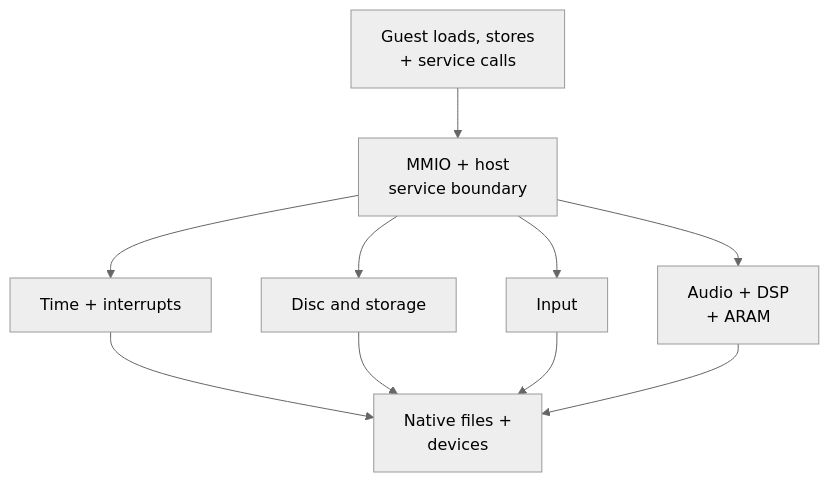
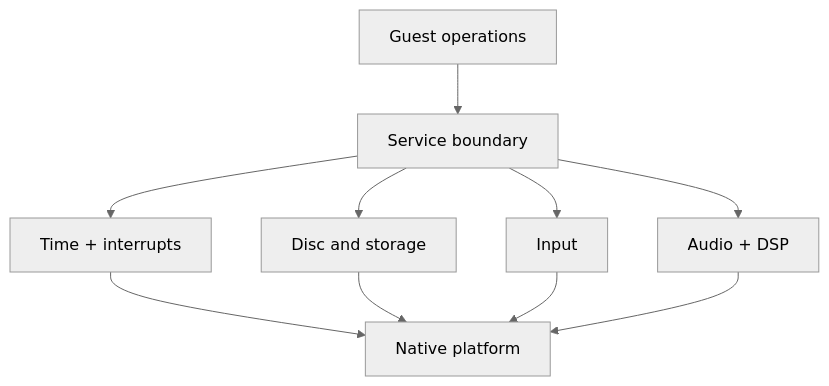
The diagram in docs/architecture/runtime/Services.md (Aelbannan/boat_of_daphnes), drawn with Mermaid (neutral theme) before and after one commit. The commit also changed 6 other files, not shown here.

Commit message:
docs: remove clipped Mermaid multiline labels

````diff
--- a/docs/architecture/runtime/Services.md
+++ b/docs/architecture/runtime/Services.md
@@ -19,20 +19,20 @@
 ```mermaid
 flowchart TD
-    Game["Guest loads, stores<br/>+ service calls"]
-    Boundary["MMIO + host<br/>service boundary"]
+    Game["Guest operations"]
+    Boundary["Service boundary"]
     Time["Time + interrupts"]
     Disc["Disc and storage"]
     Input["Input"]
-    Audio["Audio + DSP<br/>+ ARAM"]
-    Platform["Native files +<br/>devices"]
+    Audio["Audio + DSP"]
+    Platform["Native platform"]
 
     Game --> Boundary
     Boundary --> Time
     Boundary --> Disc
     Boundary --> Input
     Boundary --> Audio
     Time --> Platform
     Disc --> Platform
     Input --> Platform
     Audio --> Platform
 ```
````
